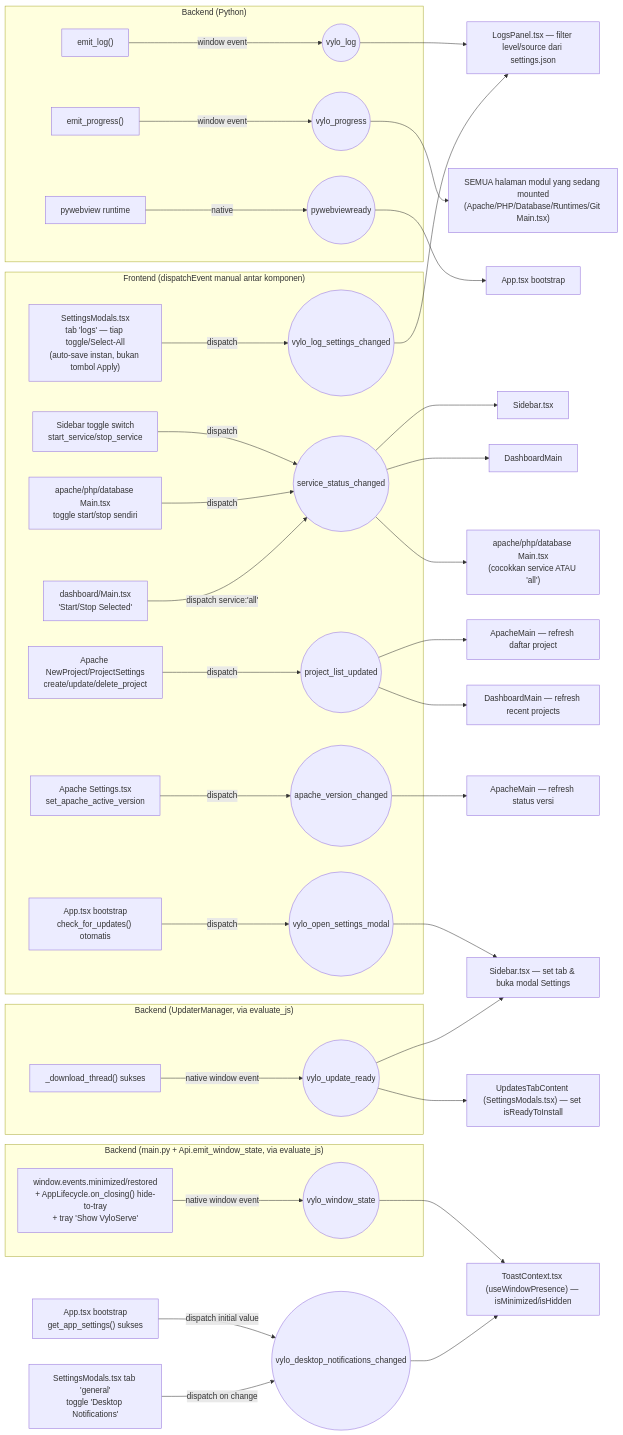
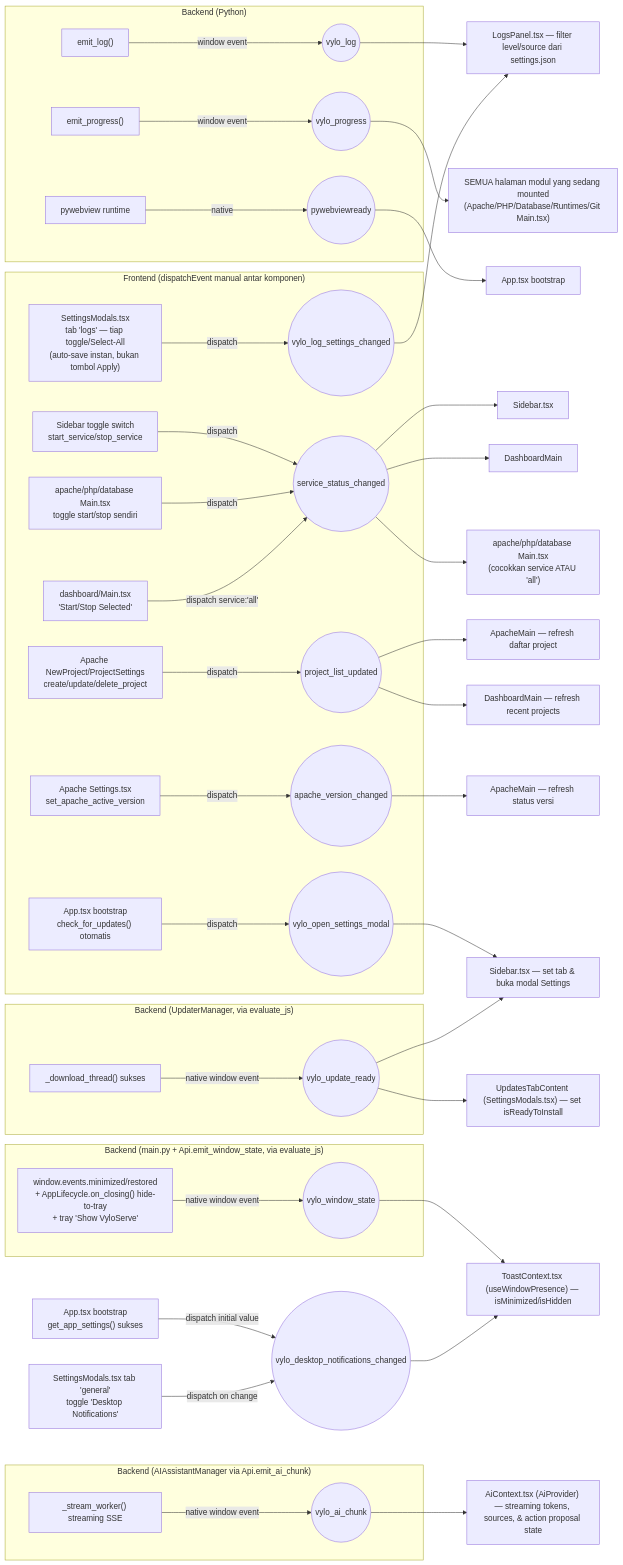
Before and after one commit to authntcG/vyloserve: the third of 9 diagrams in docs/frontend_ui.md, drawn with Mermaid. The commit also changed other lines of this file and 15 other files, not shown here.

````diff
--- a/docs/frontend_ui.md
+++ b/docs/frontend_ui.md
@@ -257,41 +286,46 @@
 ```mermaid
 flowchart LR
     subgraph Backend["Backend (Python)"]
         EL["emit_log()"] -->|window event| VLOG(("vylo_log"))
         EP["emit_progress()"] -->|window event| VPROG(("vylo_progress"))
         PWV["pywebview runtime"] -->|native| PWR(("pywebviewready"))
     end
 
     subgraph Frontend["Frontend (dispatchEvent manual antar komponen)"]
         SidebarToggle["Sidebar toggle switch<br/>start_service/stop_service"] -->|dispatch| SSC(("service_status_changed"))
         ModuleToggles["apache/php/database Main.tsx<br/>toggle start/stop sendiri"] -->|dispatch| SSC
         DashToggle["dashboard/Main.tsx<br/>'Start/Stop Selected'"] -->|dispatch service:'all'| SSC
         ApacheCRUD["Apache NewProject/ProjectSettings<br/>create/update/delete_project"] -->|dispatch| PLU(("project_list_updated"))
         ApacheSettings["Apache Settings.tsx<br/>set_apache_active_version"] -->|dispatch| AVC(("apache_version_changed"))
         LogSettingsModal["SettingsModals.tsx<br/>tab 'logs' — tiap toggle/Select-All<br/>(auto-save instan, bukan tombol Apply)"] -->|dispatch| VLSC(("vylo_log_settings_changed"))
         AppStartupCheck["App.tsx bootstrap<br/>check_for_updates() otomatis"] -->|dispatch| VOSM(("vylo_open_settings_modal"))
     end
 
     subgraph BackendUpdater["Backend (UpdaterManager, via evaluate_js)"]
         DLThread["_download_thread() sukses"] -->|native window event| VUR(("vylo_update_ready"))
     end
 
     subgraph BackendWindowState["Backend (main.py + Api.emit_window_state, via evaluate_js)"]
         MinRestore["window.events.minimized/restored<br/>+ AppLifecycle.on_closing() hide-to-tray<br/>+ tray 'Show VyloServe'"] -->|native window event| VWS(("vylo_window_state"))
     end
 
+    subgraph BackendAI["Backend (AIAssistantManager via Api.emit_ai_chunk)"]
+        AIStream["_stream_worker() streaming SSE"] -->|native window event| VAC(("vylo_ai_chunk"))
+    end
+
     AppBoot2["App.tsx bootstrap<br/>get_app_settings() sukses"] -->|dispatch initial value| VDNC(("vylo_desktop_notifications_changed"))
     SettingsToggle["SettingsModals.tsx tab 'general'<br/>toggle 'Desktop Notifications'"] -->|dispatch on change| VDNC
 
     VLOG --> LogsPanel[LogsPanel.tsx — filter level/source dari settings.json]
     VPROG --> AllPages["SEMUA halaman modul yang sedang mounted<br/>(Apache/PHP/Database/Runtimes/Git Main.tsx)"]
     PWR --> App[App.tsx bootstrap]
     SSC --> Sidebar2[Sidebar.tsx] & Dashboard2[DashboardMain] & ModulePages["apache/php/database Main.tsx<br/>(cocokkan service ATAU 'all')"]
     PLU --> ApacheMain2[ApacheMain — refresh daftar project] & Dashboard3[DashboardMain — refresh recent projects]
     AVC --> ApacheMain3[ApacheMain — refresh status versi]
     VLSC --> LogsPanel
     VOSM --> Sidebar3["Sidebar.tsx — set tab & buka modal Settings"]
     VUR --> Sidebar3 & UpdatesModal2["UpdatesTabContent (SettingsModals.tsx) — set isReadyToInstall"]
     VWS --> ToastProvider2["ToastContext.tsx (useWindowPresence) — isMinimized/isHidden"]
     VDNC --> ToastProvider2
+    VAC --> AiCtx["AiContext.tsx (AiProvider) — streaming tokens, sources, & action proposal state"]
 ```
````
